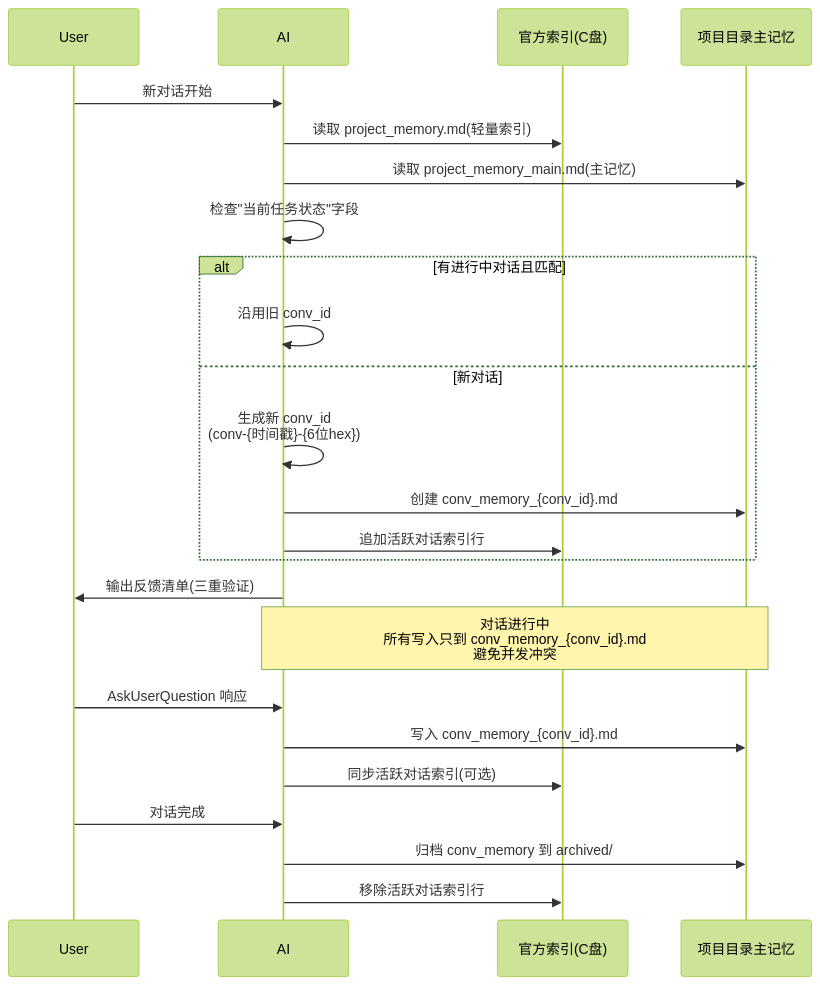
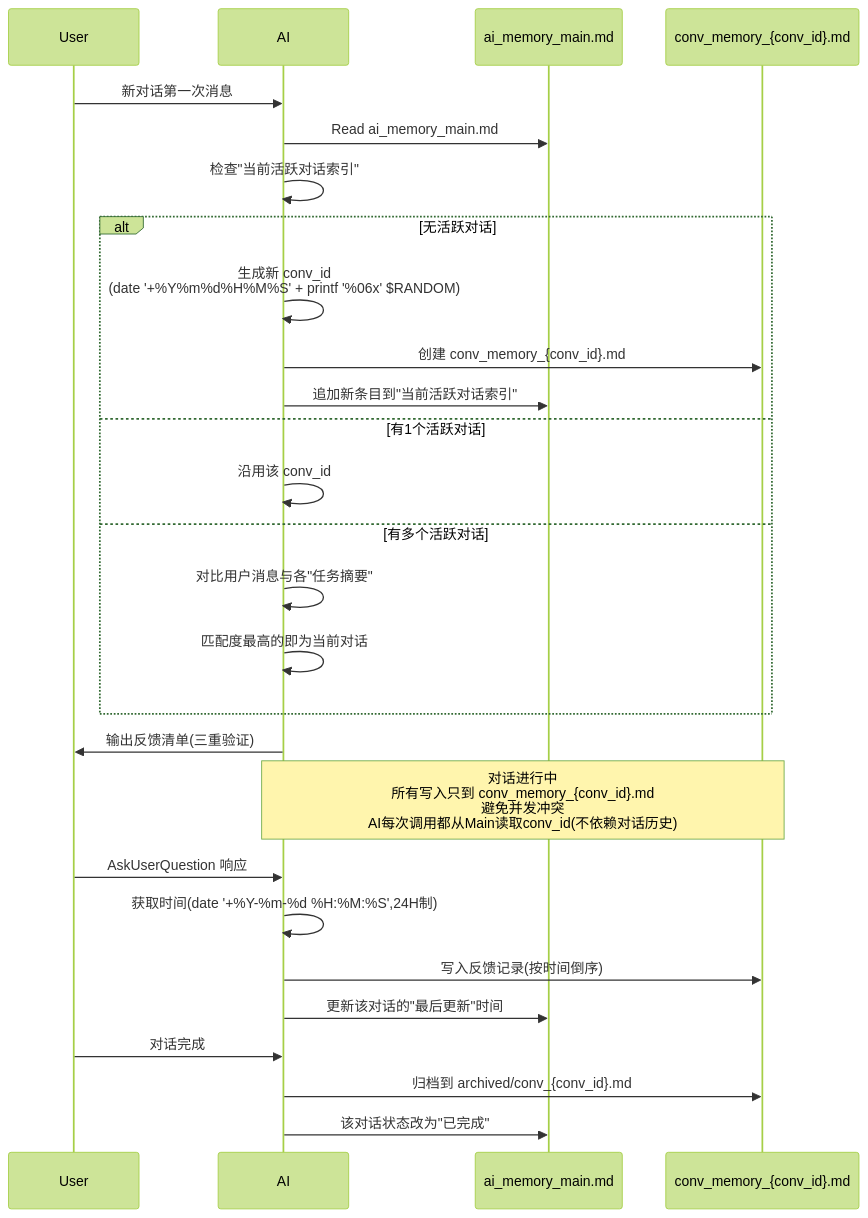
One commit to legado-backup/legado-m changed the second of 2 diagrams in docs/specs/memory-mechanism-redesign/design.md. Above: the diagram before and after it, drawn with Mermaid (forest theme). The commit also changed other lines of this file and 106 other files, not shown here.

````diff
--- a/docs/specs/memory-mechanism-redesign/design.md
+++ b/docs/specs/memory-mechanism-redesign/design.md
@@ -43,30 +53,33 @@
 ```mermaid
 sequenceDiagram
     participant User
     participant AI
-    participant Official as 官方索引(C盘)
-    participant Project as 项目目录主记忆
+    participant Main as ai_memory_main.md
+    participant Conv as conv_memory_{conv_id}.md
 
-    User->>AI: 新对话开始
-    AI->>Official: 读取 project_memory.md(轻量索引)
-    AI->>Project: 读取 project_memory_main.md(主记忆)
-    AI->>AI: 检查"当前任务状态"字段
-    alt 有进行中对话且匹配
-        AI->>AI: 沿用旧 conv_id
-    else 新对话
-        AI->>AI: 生成新 conv_id<br/>(conv-{时间戳}-{6位hex})
-        AI->>Project: 创建 conv_memory_{conv_id}.md
-        AI->>Official: 追加活跃对话索引行
+    User->>AI: 新对话第一次消息
+    AI->>Main: Read ai_memory_main.md
+    AI->>AI: 检查"当前活跃对话索引"
+    alt 无活跃对话
+        AI->>AI: 生成新 conv_id<br/>(date '+%Y%m%d%H%M%S' + printf '%06x' $RANDOM)
+        AI->>Conv: 创建 conv_memory_{conv_id}.md
+        AI->>Main: 追加新条目到"当前活跃对话索引"
+    else 有1个活跃对话
+        AI->>AI: 沿用该 conv_id
+    else 有多个活跃对话
+        AI->>AI: 对比用户消息与各"任务摘要"
+        AI->>AI: 匹配度最高的即为当前对话
     end
     AI->>User: 输出反馈清单(三重验证)
 
-    Note over AI,Project: 对话进行中<br/>所有写入只到 conv_memory_{conv_id}.md<br/>避免并发冲突
+    Note over AI,Conv: 对话进行中<br/>所有写入只到 conv_memory_{conv_id}.md<br/>避免并发冲突<br/>AI每次调用都从Main读取conv_id(不依赖对话历史)
 
     User->>AI: AskUserQuestion 响应
-    AI->>Project: 写入 conv_memory_{conv_id}.md
-    AI->>Official: 同步活跃对话索引(可选)
+    AI->>AI: 获取时间(date '+%Y-%m-%d %H:%M:%S',24H制)
+    AI->>Conv: 写入反馈记录(按时间倒序)
+    AI->>Main: 更新该对话的"最后更新"时间
 
     User->>AI: 对话完成
-    AI->>Project: 归档 conv_memory 到 archived/
-    AI->>Official: 移除活跃对话索引行
+    AI->>Conv: 归档到 archived/conv_{conv_id}.md
+    AI->>Main: 该对话状态改为"已完成"
 ```
````
